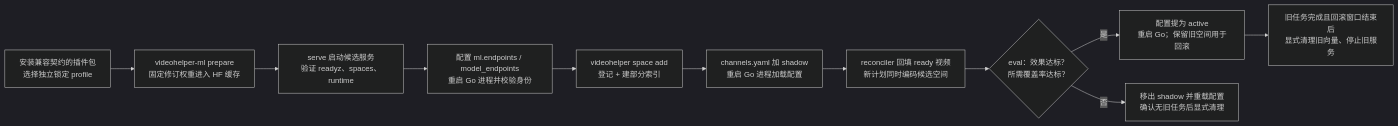
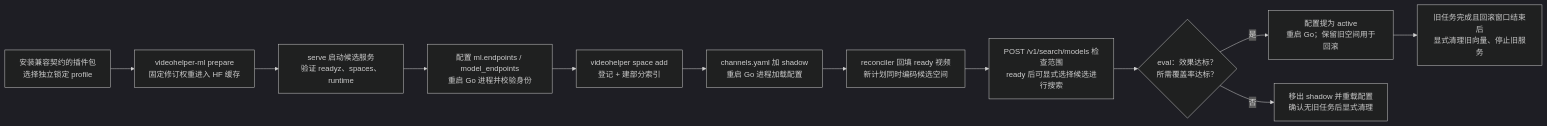
Before and after one commit to realOzine/videohelper: diagram 15 of 19 in docs/design.md, drawn with Mermaid (dark theme). The commit also changed other lines of this file and 3 other files, not shown here.

````diff
--- a/docs/design.md
+++ b/docs/design.md
@@ -633,13 +651,14 @@
 ```mermaid
 flowchart LR
   A["安装兼容契约的插件包<br/>选择独立锁定 profile"] --> P["videohelper-ml prepare<br/>固定修订权重进入 HF 缓存"]
   P --> B["serve 启动候选服务<br/>验证 readyz、spaces、runtime"]
   B --> EP["配置 ml.endpoints / model_endpoints<br/>重启 Go 进程并校验身份"]
   EP --> C["videohelper space add<br/>登记 + 建部分索引"]
   C --> D["channels.yaml 加 shadow<br/>重启 Go 进程加载配置"]
   D --> E["reconciler 回填 ready 视频<br/>新计划同时编码候选空间"]
-  E --> F{"eval：效果达标？<br/>所需覆盖率达标？"}
+  E --> SEL["POST /v1/search/models 检查范围<br/>ready 后可显式选择候选进行搜索"]
+  SEL --> F{"eval：效果达标？<br/>所需覆盖率达标？"}
   F -->|"是"| G["配置提为 active<br/>重启 Go；保留旧空间用于回滚"]
   F -->|"否"| H["移出 shadow 并重载配置<br/>确认无旧任务后显式清理"]
   G --> I["旧任务完成且回滚窗口结束后<br/>显式清理旧向量、停止旧服务"]
 ```
````
